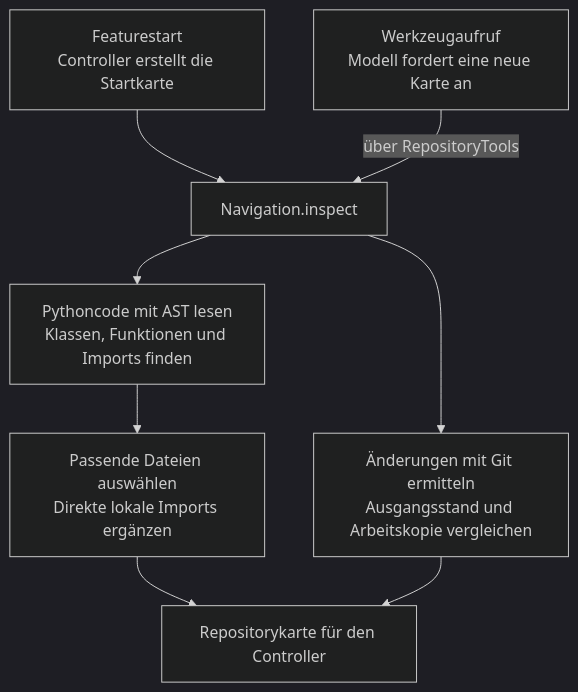
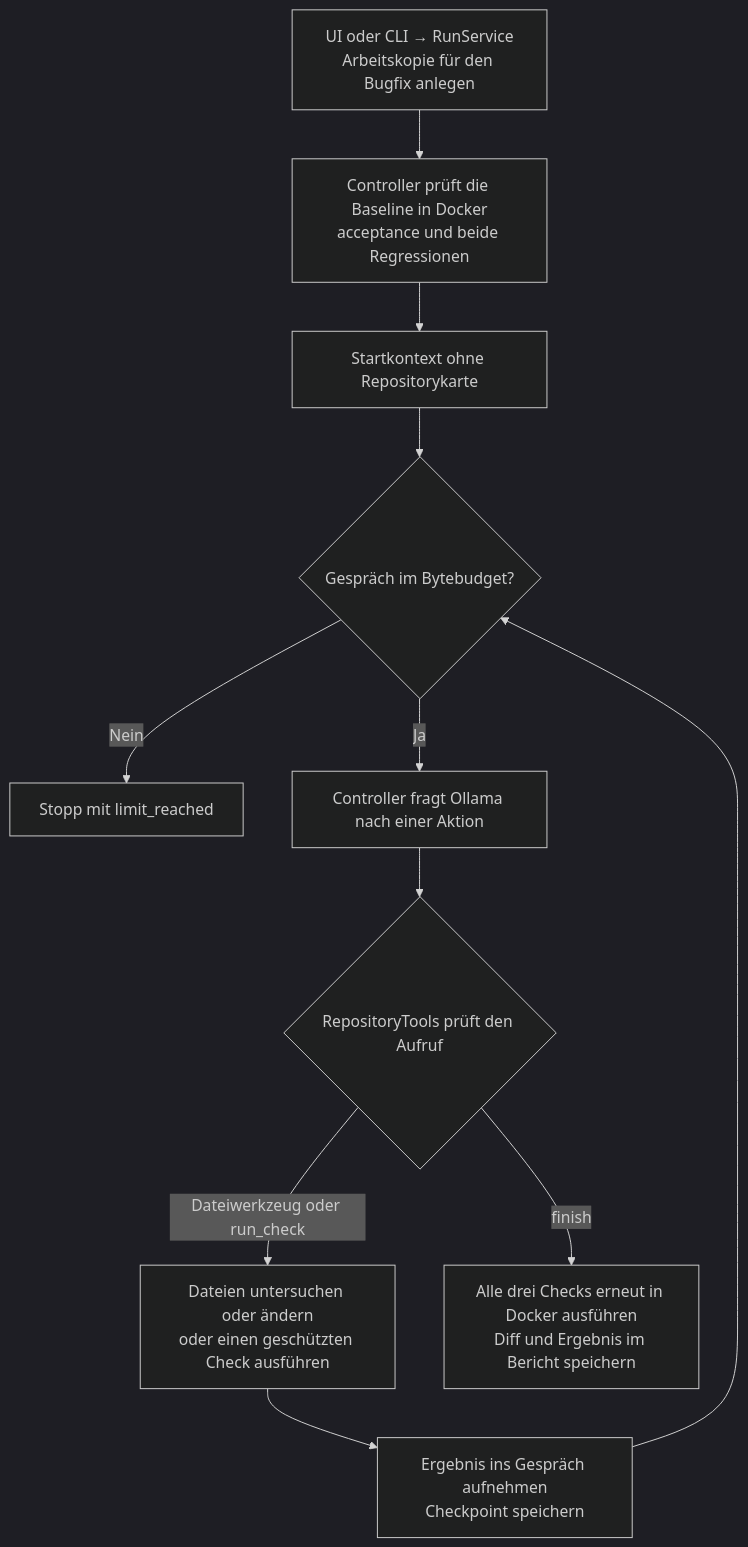
Before and after one commit to MichaelReichenberger/coding-harness: the first of 2 diagrams in README.md, drawn with Mermaid (dark theme). The commit also changed other lines of this file and 1 other file, not shown here.

````diff
--- a/README.md
+++ b/README.md
@@ -169,10 +154,13 @@
 ```mermaid
 flowchart TD
-    Start["Featurestart<br/>Controller erstellt die Startkarte"] --> N["Navigation.inspect"]
-    Tool["Werkzeugaufruf<br/>Modell fordert eine neue Karte an"] -->|über RepositoryTools| N
-    N --> A["Pythoncode mit AST lesen<br/>Klassen, Funktionen und Imports finden"]
-    A --> F["Passende Dateien auswählen<br/>Direkte lokale Imports ergänzen"]
-    N --> G["Änderungen mit Git ermitteln<br/>Ausgangsstand und Arbeitskopie vergleichen"]
-    F --> K["Repositorykarte für den Controller"]
-    G --> K
+    Start["UI oder CLI → RunService<br/>Arbeitskopie für den Bugfix anlegen"] --> Base["Controller prüft die Baseline in Docker<br/>acceptance und beide Regressionen"]
+    Base --> Context["Startkontext ohne Repositorykarte"]
+    Context --> Budget{"Gespräch im Bytebudget?"}
+    Budget -->|Nein| Stop["Stopp mit limit_reached"]
+    Budget -->|Ja| Model["Controller fragt Ollama nach einer Aktion"]
+    Model --> Tool{"RepositoryTools prüft den Aufruf"}
+    Tool -->|Dateiwerkzeug oder run_check| Result["Dateien untersuchen oder ändern<br/>oder einen geschützten Check ausführen"]
+    Result --> Save["Ergebnis ins Gespräch aufnehmen<br/>Checkpoint speichern"]
+    Save --> Budget
+    Tool -->|finish| Final["Alle drei Checks erneut in Docker ausführen<br/>Diff und Ergebnis im Bericht speichern"]
 ```
````
